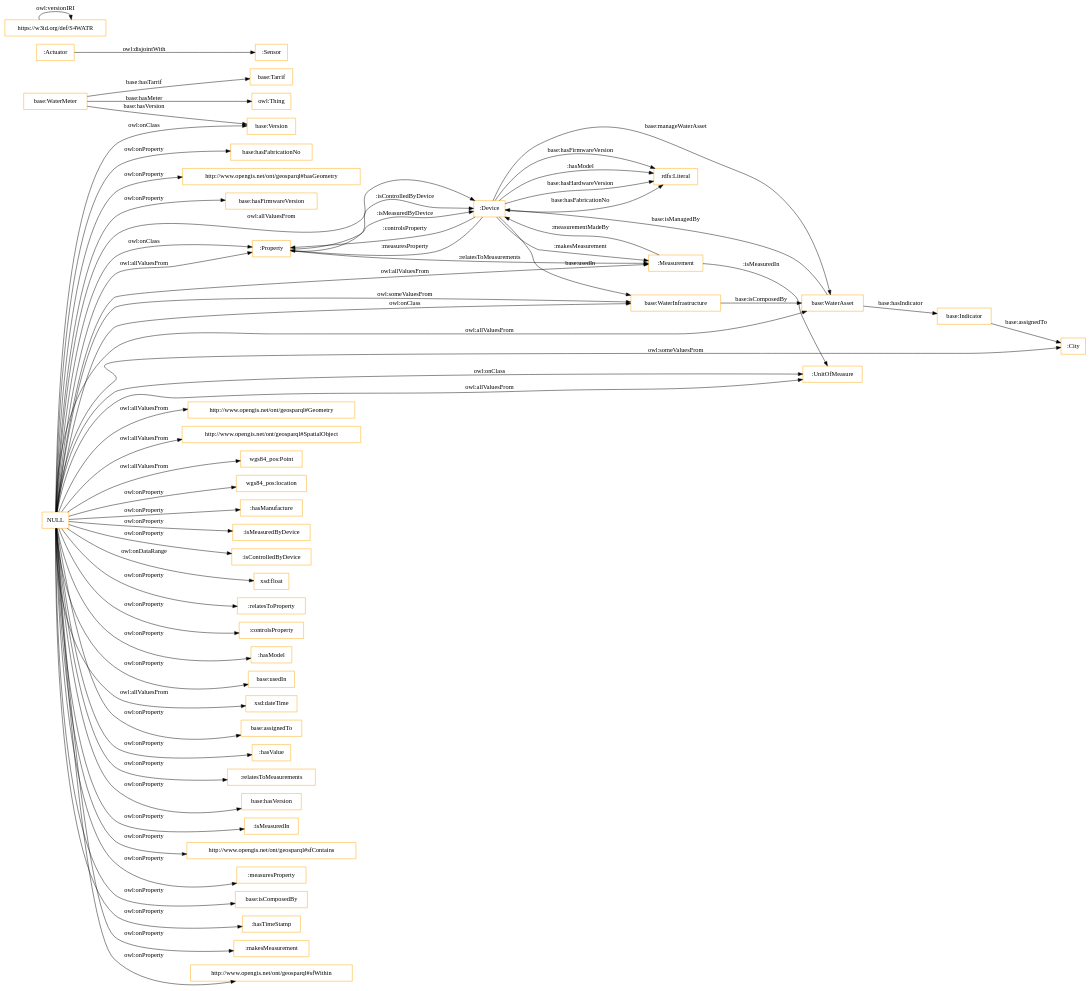
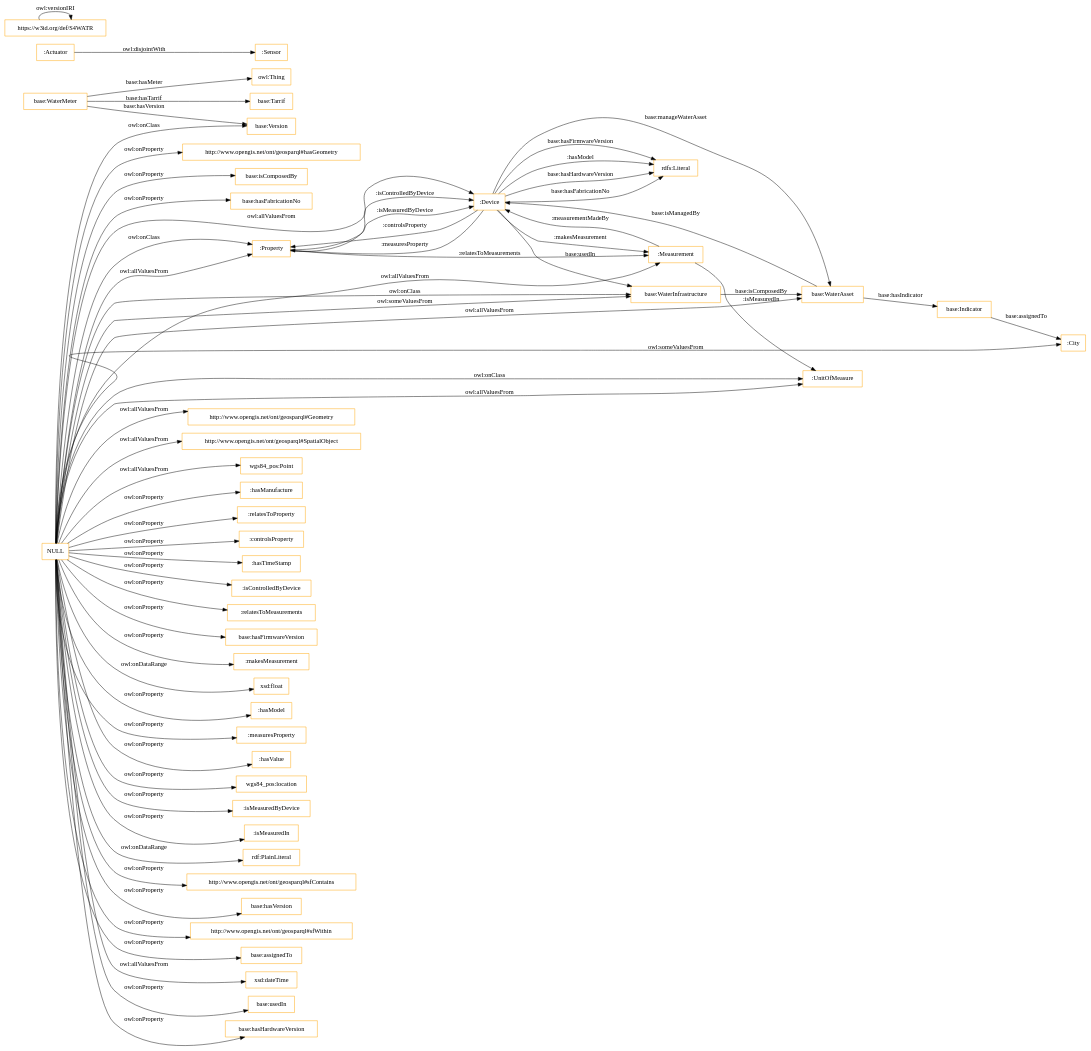
Before and after one commit to tiwari2019/S4WATR-1: the diagram in OnToology/S4Water.owl/diagrams/ar2dtool-class/S4Water.owl.png.dot, drawn with Graphviz. The commit also changed 8 other files, not shown here.

```diff
--- a/OnToology/S4Water.owl/diagrams/ar2dtool-class/S4Water.owl.png.dot
+++ b/OnToology/S4Water.owl/diagrams/ar2dtool-class/S4Water.owl.png.dot
@@ -1,67 +1,69 @@
 digraph ar2dtool_diagram { 
 rankdir=LR;
 size="1501"
 node [shape = rectangle, color="orange"]; "base:Version" ":Property" "base:WaterAsset" ":Sensor" "base:WaterMeter" "base:WaterInfrastructure" ":Device" "base:Indicator" "http://www.opengis.net/ont/geosparql#Geometry" "http://www.opengis.net/ont/geosparql#SpatialObject" ":UnitOfMeasure" ":City" "base:Tarrif" "wgs84_pos:Point" ":Measurement" ":Actuator" ; /*classes style*/
+	"NULL" -> ":hasManufacture" [ label = "owl:onProperty" ];
+	"NULL" -> ":relatesToProperty" [ label = "owl:onProperty" ];
+	"NULL" -> ":controlsProperty" [ label = "owl:onProperty" ];
+	"NULL" -> ":hasTimeStamp" [ label = "owl:onProperty" ];
+	"NULL" -> ":isControlledByDevice" [ label = "owl:onProperty" ];
+	"NULL" -> ":relatesToMeasurements" [ label = "owl:onProperty" ];
+	"NULL" -> ":UnitOfMeasure" [ label = "owl:allValuesFrom" ];
+	"NULL" -> ":Measurement" [ label = "owl:allValuesFrom" ];
+	"NULL" -> "base:hasFirmwareVersion" [ label = "owl:onProperty" ];
+	"NULL" -> ":makesMeasurement" [ label = "owl:onProperty" ];
+	"NULL" -> "xsd:float" [ label = "owl:onDataRange" ];
+	"NULL" -> ":hasModel" [ label = "owl:onProperty" ];
+	"NULL" -> ":measuresProperty" [ label = "owl:onProperty" ];
+	"NULL" -> ":Device" [ label = "owl:allValuesFrom" ];
+	"NULL" -> ":hasValue" [ label = "owl:onProperty" ];
+	"NULL" -> "base:Version" [ label = "owl:onClass" ];
+	"NULL" -> "base:WaterInfrastructure" [ label = "owl:onClass" ];
 	"NULL" -> "wgs84_pos:location" [ label = "owl:onProperty" ];
-	"NULL" -> ":hasManufacture" [ label = "owl:onProperty" ];
-	"NULL" -> "wgs84_pos:Point" [ label = "owl:allValuesFrom" ];
 	"NULL" -> ":isMeasuredByDevice" [ label = "owl:onProperty" ];
-	"NULL" -> ":isControlledByDevice" [ label = "owl:onProperty" ];
-	"NULL" -> ":Measurement" [ label = "owl:allValuesFrom" ];
-	"NULL" -> "xsd:float" [ label = "owl:onDataRange" ];
-	"NULL" -> "http://www.opengis.net/ont/geosparql#Geometry" [ label = "owl:allValuesFrom" ];
-	"NULL" -> "base:WaterInfrastructure" [ label = "owl:someValuesFrom" ];
-	"NULL" -> ":relatesToProperty" [ label = "owl:onProperty" ];
 	"NULL" -> ":City" [ label = "owl:someValuesFrom" ];
-	"NULL" -> ":controlsProperty" [ label = "owl:onProperty" ];
-	"NULL" -> ":hasModel" [ label = "owl:onProperty" ];
-	"NULL" -> "base:usedIn" [ label = "owl:onProperty" ];
-	"NULL" -> "xsd:dateTime" [ label = "owl:allValuesFrom" ];
-	"NULL" -> "base:Version" [ label = "owl:onClass" ];
+	"NULL" -> ":isMeasuredIn" [ label = "owl:onProperty" ];
+	"NULL" -> "rdf:PlainLiteral" [ label = "owl:onDataRange" ];
+	"NULL" -> "http://www.opengis.net/ont/geosparql#sfContains" [ label = "owl:onProperty" ];
+	"NULL" -> "base:hasVersion" [ label = "owl:onProperty" ];
+	"NULL" -> "http://www.opengis.net/ont/geosparql#sfWithin" [ label = "owl:onProperty" ];
 	"NULL" -> "base:assignedTo" [ label = "owl:onProperty" ];
-	"NULL" -> ":hasValue" [ label = "owl:onProperty" ];
-	"NULL" -> ":relatesToMeasurements" [ label = "owl:onProperty" ];
 	"NULL" -> "http://www.opengis.net/ont/geosparql#SpatialObject" [ label = "owl:allValuesFrom" ];
 	"NULL" -> ":Property" [ label = "owl:onClass" ];
-	"NULL" -> ":UnitOfMeasure" [ label = "owl:allValuesFrom" ];
-	"NULL" -> "base:hasVersion" [ label = "owl:onProperty" ];
 	"NULL" -> ":UnitOfMeasure" [ label = "owl:onClass" ];
-	"NULL" -> ":isMeasuredIn" [ label = "owl:onProperty" ];
-	"NULL" -> "http://www.opengis.net/ont/geosparql#sfContains" [ label = "owl:onProperty" ];
+	"NULL" -> "wgs84_pos:Point" [ label = "owl:allValuesFrom" ];
 	"NULL" -> "base:WaterAsset" [ label = "owl:allValuesFrom" ];
-	"NULL" -> ":measuresProperty" [ label = "owl:onProperty" ];
-	"NULL" -> "base:isComposedBy" [ label = "owl:onProperty" ];
-	"NULL" -> ":hasTimeStamp" [ label = "owl:onProperty" ];
-	"NULL" -> "base:WaterInfrastructure" [ label = "owl:onClass" ];
-	"NULL" -> ":makesMeasurement" [ label = "owl:onProperty" ];
-	"NULL" -> "http://www.opengis.net/ont/geosparql#sfWithin" [ label = "owl:onProperty" ];
-	"NULL" -> "base:hasFabricationNo" [ label = "owl:onProperty" ];
+	"NULL" -> "http://www.opengis.net/ont/geosparql#Geometry" [ label = "owl:allValuesFrom" ];
+	"NULL" -> "xsd:dateTime" [ label = "owl:allValuesFrom" ];
+	"NULL" -> "base:usedIn" [ label = "owl:onProperty" ];
+	"NULL" -> "base:WaterInfrastructure" [ label = "owl:someValuesFrom" ];
+	"NULL" -> "base:hasHardwareVersion" [ label = "owl:onProperty" ];
 	"NULL" -> ":Property" [ label = "owl:allValuesFrom" ];
 	"NULL" -> "http://www.opengis.net/ont/geosparql#hasGeometry" [ label = "owl:onProperty" ];
-	"NULL" -> ":Device" [ label = "owl:allValuesFrom" ];
-	"NULL" -> "base:hasFirmwareVersion" [ label = "owl:onProperty" ];
+	"NULL" -> "base:isComposedBy" [ label = "owl:onProperty" ];
+	"NULL" -> "base:hasFabricationNo" [ label = "owl:onProperty" ];
 	"https://w3id.org/def/S4WATR" -> "https://w3id.org/def/S4WATR" [ label = "owl:versionIRI" ];
 	":Actuator" -> ":Sensor" [ label = "owl:disjointWith" ];
 	"base:Indicator" -> ":City" [ label = "base:assignedTo" ];
 	":Measurement" -> ":Device" [ label = ":measurementMadeBy" ];
 	":Device" -> "base:WaterAsset" [ label = "base:manageWaterAsset" ];
 	"base:WaterInfrastructure" -> "base:WaterAsset" [ label = "base:isComposedBy" ];
 	":Device" -> "rdfs:Literal" [ label = ":hasModel" ];
 	":Property" -> ":Device" [ label = ":isControlledByDevice" ];
 	":Device" -> "rdfs:Literal" [ label = "base:hasHardwareVersion" ];
 	"base:WaterMeter" -> "base:Version" [ label = "base:hasVersion" ];
 	":Property" -> ":Measurement" [ label = ":relatesToMeasurements" ];
 	":Device" -> ":Measurement" [ label = ":makesMeasurement" ];
 	":Device" -> "rdfs:Literal" [ label = "base:hasFabricationNo" ];
 	":Device" -> "rdfs:Literal" [ label = "base:hasFirmwareVersion" ];
 	":Device" -> ":Property" [ label = ":controlsProperty" ];
 	":Device" -> "base:WaterInfrastructure" [ label = "base:usedIn" ];
 	"base:WaterAsset" -> ":Device" [ label = "base:isManagedBy" ];
 	"base:WaterAsset" -> "base:Indicator" [ label = "base:hasIndicator" ];
 	":Property" -> ":Device" [ label = ":isMeasuredByDevice" ];
 	"base:WaterMeter" -> "base:Tarrif" [ label = "base:hasTarrif" ];
 	"base:WaterMeter" -> "owl:Thing" [ label = "base:hasMeter" ];
 	":Measurement" -> ":UnitOfMeasure" [ label = ":isMeasuredIn" ];
 	":Device" -> ":Property" [ label = ":measuresProperty" ];
 
 }
```
